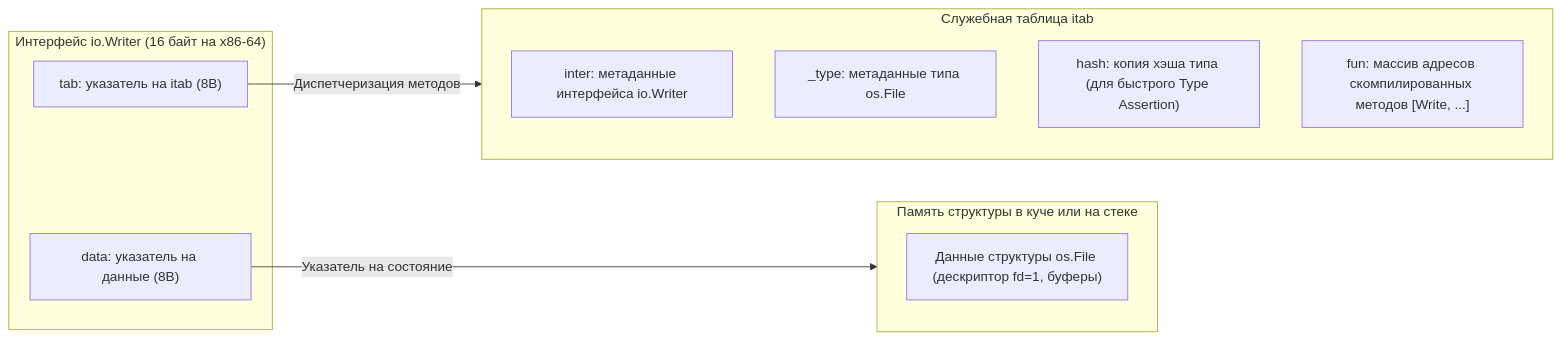
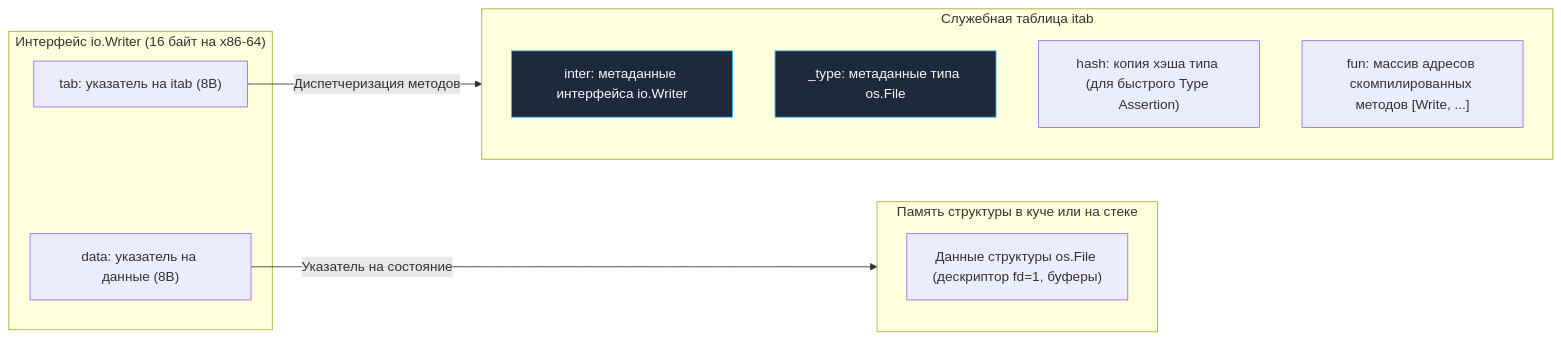
The diagram in sources/4. История и философия Go/14. Интерфейсы в Go как альтернатива классическому ООП.md (UnrealTemplier/go-textbook), drawn with Mermaid before and after one commit. The commit also changed 1666 other files, not shown here.

First line of the commit message:
feat(mermaid): add semantic color classDef to 1369 colorless flowchart/graph diagrams

````diff
--- a/sources/4. История и философия Go/14. Интерфейсы в Go как альтернатива классическому ООП.md
+++ b/sources/4. История и философия Go/14. Интерфейсы в Go как альтернатива классическому ООП.md
@@ -40,21 +40,31 @@
 ```mermaid
 flowchart LR
+    classDef process  fill:#1e293b,stroke:#38bdf8,stroke-width:1px,color:#f8fafc
+    classDef success  fill:#064e3b,stroke:#34d399,stroke-width:1px,color:#f8fafc
+    classDef error    fill:#7f1d1d,stroke:#f87171,stroke-width:1px,color:#f8fafc
+    classDef warning  fill:#78350f,stroke:#fbbf24,stroke-width:1px,color:#f8fafc
+    classDef entry    fill:#1e3a5f,stroke:#38bdf8,stroke-width:2px,color:#f8fafc
+    classDef aux      fill:#334155,stroke:#64748b,stroke-width:1px,color:#f8fafc
+    classDef system   fill:#312e81,stroke:#a78bfa,stroke-width:1px,color:#f8fafc
+    classDef data     fill:#132d29,stroke:#2dd4bf,stroke-width:1px,color:#f8fafc
+    classDef network  fill:#881337,stroke:#fb7185,stroke-width:1px,color:#f8fafc
+    classDef accent   fill:#1e1b4b,stroke:#818cf8,stroke-width:1px,color:#f8fafc
     subgraph IFACE_STRUCT["Интерфейс io.Writer (16 байт на x86-64)"]
         TAB["tab: указатель на itab (8B)"]
         DATA["data: указатель на данные (8B)"]
     end
 
     subgraph ITAB_TABLE ["Служебная таблица itab"]
-        INTER["inter: метаданные интерфейса io.Writer"]
-        TYPE["_type: метаданные типа os.File"]
+        INTER["inter: метаданные интерфейса io.Writer"]:::process
+        TYPE["_type: метаданные типа os.File"]:::process
         HASH["hash: копия хэша типа (для быстрого Type Assertion)"]
         FUNCS["fun: массив адресов скомпилированных методов [Write, ...]"]
     end
 
     subgraph MEMORY_DATA ["Память структуры в куче или на стеке"]
         MEM["Данные структуры os.File (дескриптор fd=1, буферы)"]
     end
 
     TAB -->|"Диспетчеризация методов"| ITAB_TABLE
     DATA -->|"Указатель на состояние"| MEMORY_DATA
 ```
````
